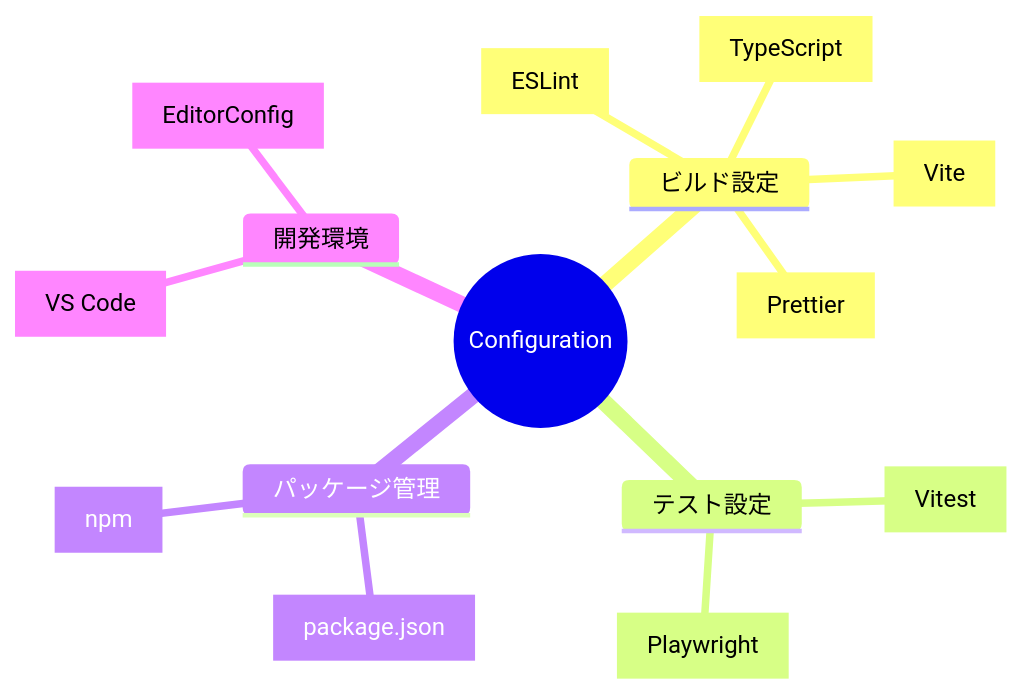
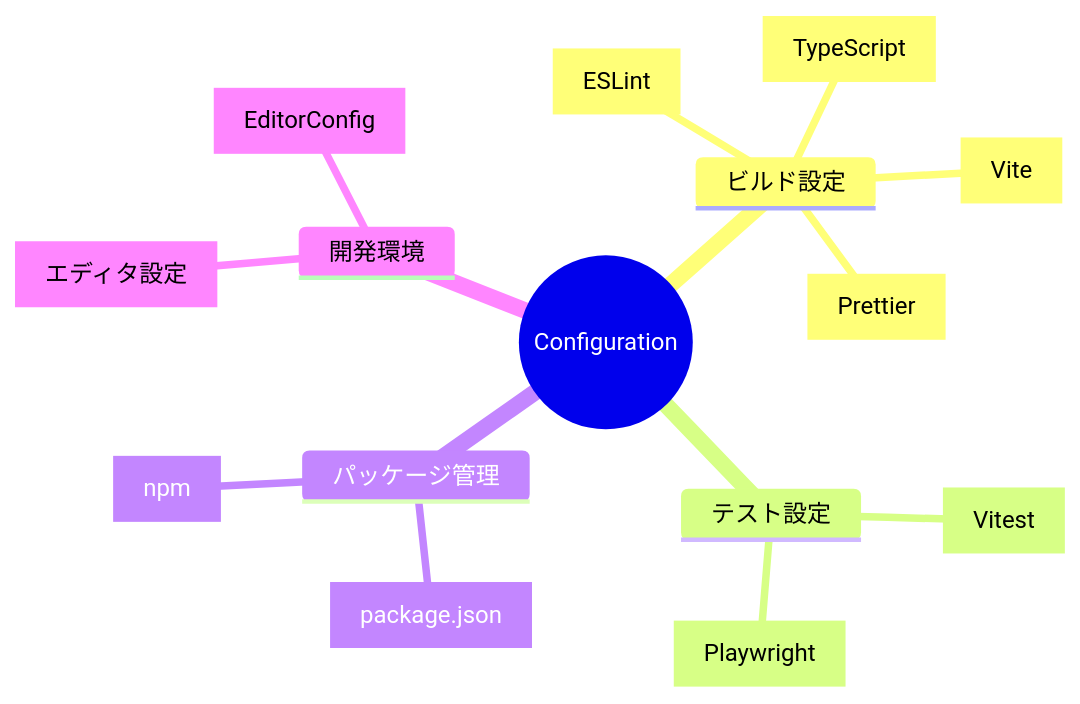
The diagram in docs/05-reference/configuration/README.md (takeokunn/ts-minecraft), drawn with Mermaid before and after one commit. The commit also changed other lines of this file and 106 other files, not shown here.

````diff
--- a/docs/05-reference/configuration/README.md
+++ b/docs/05-reference/configuration/README.md
@@ -7,18 +19,18 @@
 ```mermaid
 mindmap
   root((Configuration))
     ビルド設定
       [Vite]
       [TypeScript]
       [ESLint]
       [Prettier]
     テスト設定
       [Vitest]
       [Playwright]
     パッケージ管理
       [package.json]
       [npm]
     開発環境
-      [VS Code]
+      [エディタ設定]
       [EditorConfig]
 ```
````
